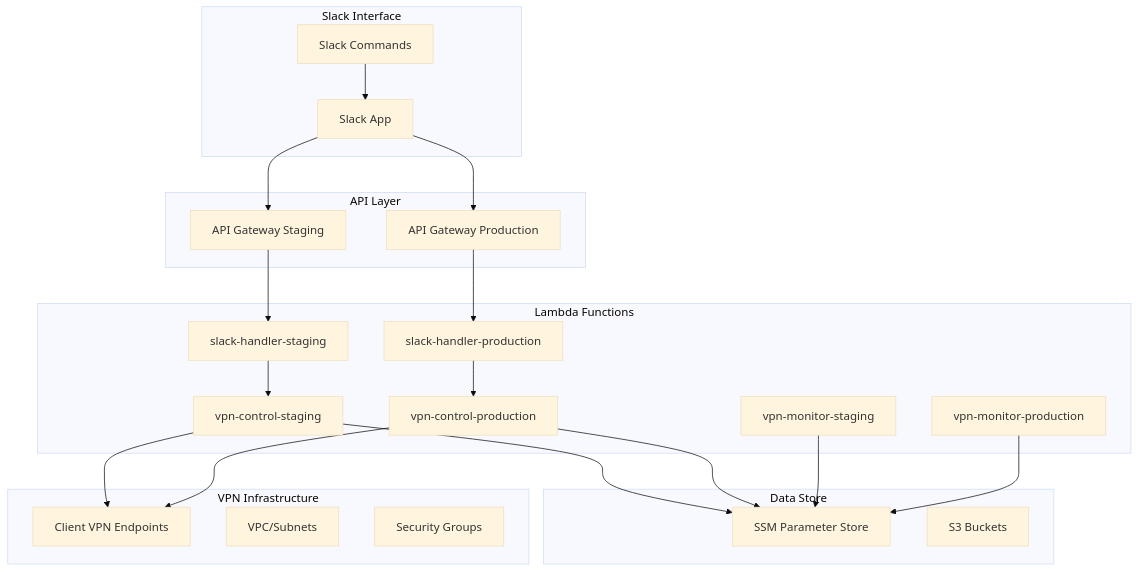
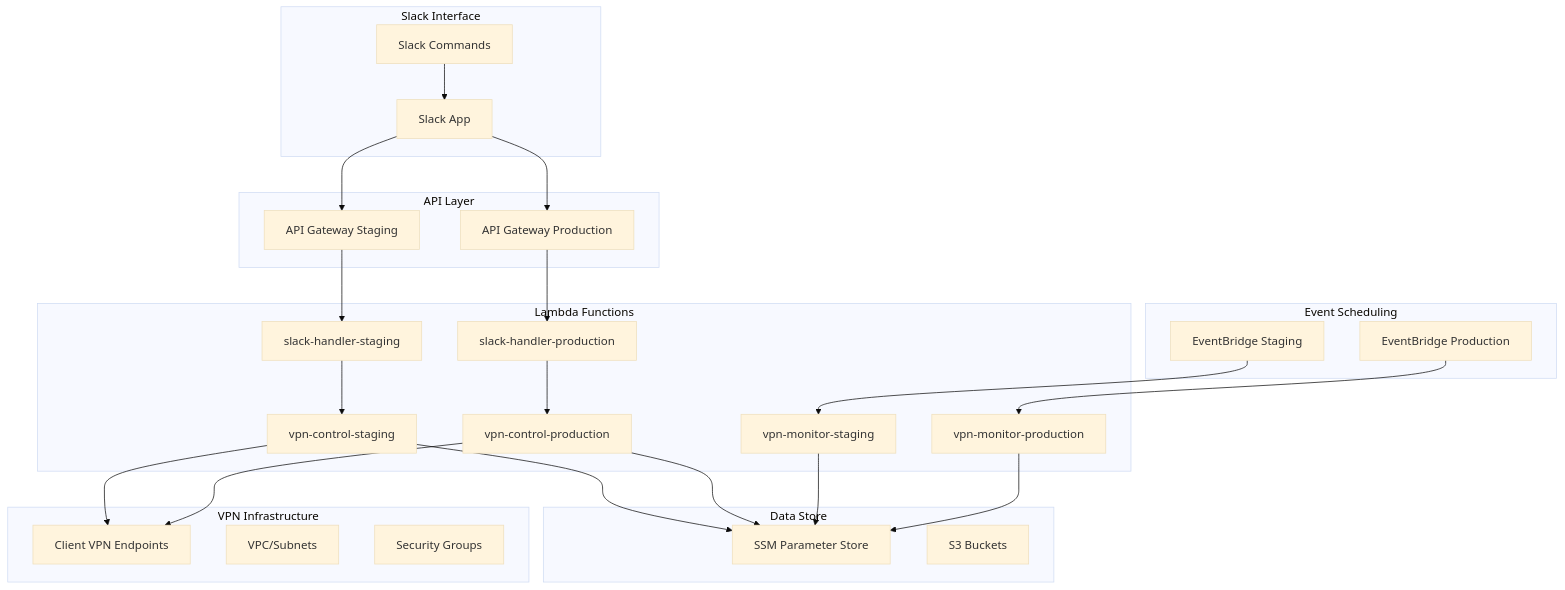
Before and after one commit to Newsleopard/nlInc-vpnMgmtTools: the diagram in docs/maintenance-deployment-manual.md, drawn with Mermaid (base theme). The commit also changed other lines of this file, not shown here.

Commit message:
feat: 更新維護部署手冊，新增事件排程架構及技術堆疊細節

````diff
--- a/docs/maintenance-deployment-manual.md
+++ b/docs/maintenance-deployment-manual.md
@@ -22,38 +22,45 @@
 ```mermaid
 graph TB
     subgraph "Slack Interface"
         A[Slack Commands] --> B[Slack App]
     end
     
     subgraph "API Layer"
         B --> C[API Gateway Staging]
         B --> D[API Gateway Production]
     end
     
     subgraph "Lambda Functions"
         C --> E[slack-handler-staging]
         D --> F[slack-handler-production]
         E --> G[vpn-control-staging]
         F --> H[vpn-control-production]
         I[vpn-monitor-staging]
         J[vpn-monitor-production]
     end
     
+    subgraph "Event Scheduling"
+        K[EventBridge Staging]
+        L[EventBridge Production]
+    end
+    
     subgraph "Data Store"
-        K[SSM Parameter Store]
-        L[S3 Buckets]
+        M[SSM Parameter Store]
+        N[S3 Buckets]
     end
     
     subgraph "VPN Infrastructure"
-        M[Client VPN Endpoints]
-        N[VPC/Subnets]
-        O[Security Groups]
+        O[Client VPN Endpoints]
+        P[VPC/Subnets]
+        Q[Security Groups]
     end
     
-    G --> K
-    H --> K
-    I --> K
-    J --> K
+    K --> I
+    L --> J
     G --> M
     H --> M
+    I --> M
+    J --> M
+    G --> O
+    H --> O
 ```
````
